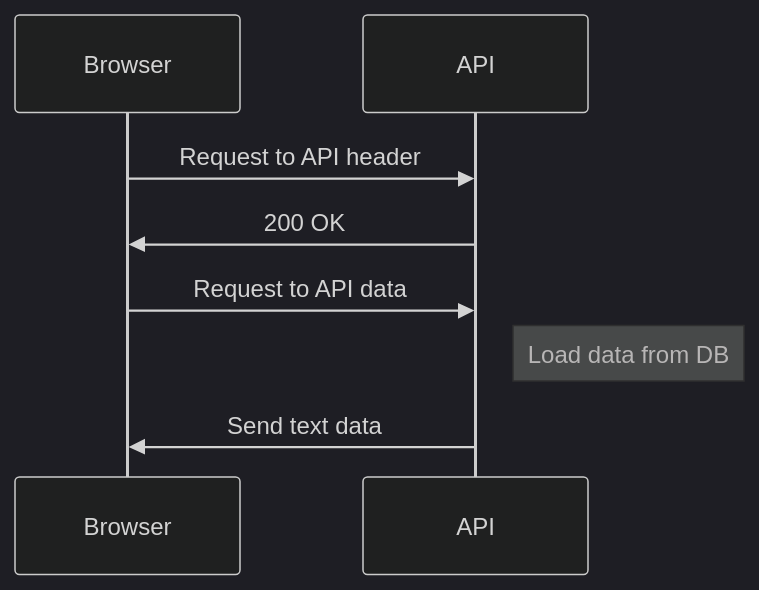
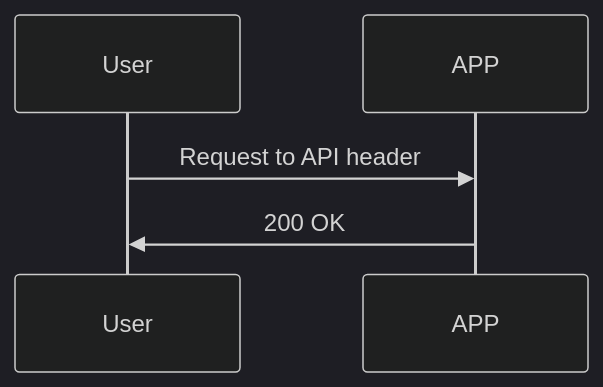
Before and after one commit to lamplusoka/train_Muscle: the first of 2 diagrams in flow.md, drawn with Mermaid (dark theme). The commit also changed other lines of this file, not shown here.

Commit message:
flow.md updated from https://stackedit.io/

````diff
--- a/flow.md
+++ b/flow.md
@@ -4,8 +4,6 @@
 ```mermaid
 sequenceDiagram
-Browser ->> API: Request to API header
-API ->> Browser: 200 OK
-Browser ->> API: Request to API data
-Note right of API:Load data from DB
-API ->> Browser: Send text data
+User->> APP: Request to API header
+APP->> User: 200 OK
+
 ```
````
